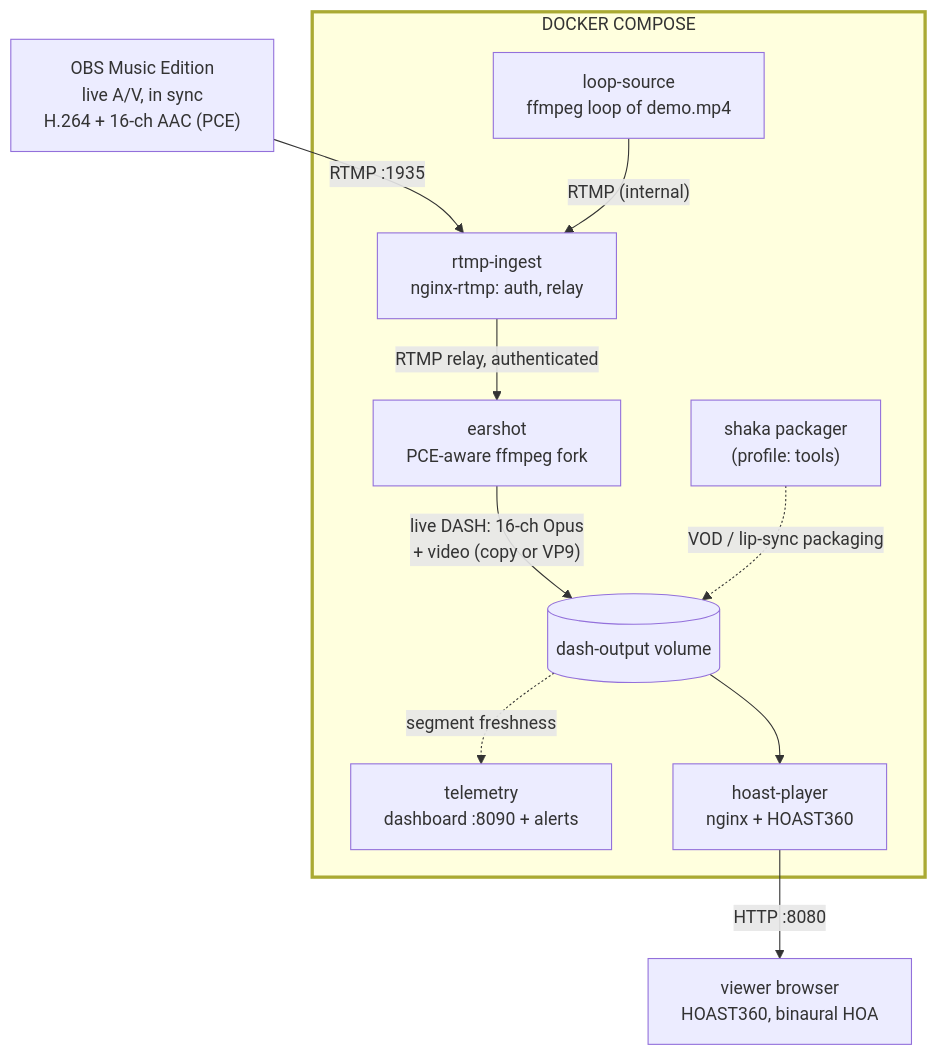
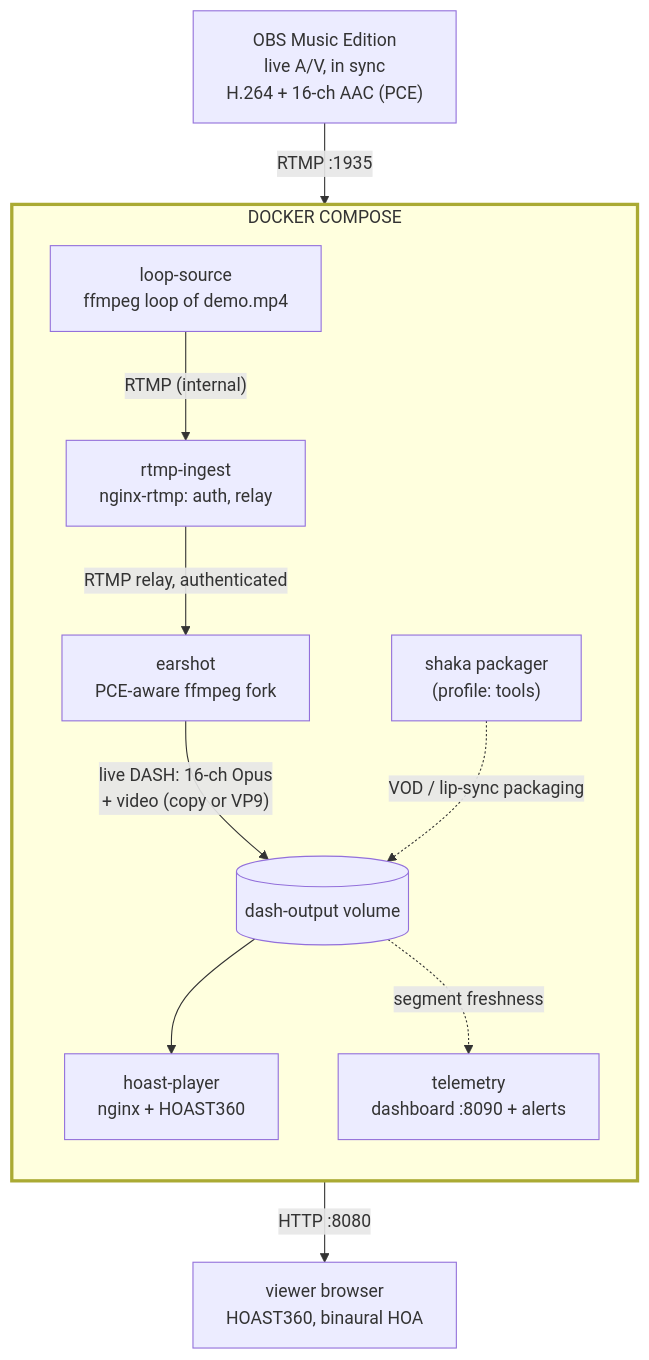
The diagram in README.md (mormegil6/ambisonic-box), drawn with Mermaid before and after one commit.

Commit message:
README: keep the explicit subgraph direction and telemetry ordering

````diff
--- a/README.md
+++ b/README.md
@@ -13,26 +13,27 @@
 ```mermaid
 flowchart TD
     OBS["OBS Music Edition<br/>live A/V, in sync<br/>H.264 + 16-ch AAC (PCE)"]
 
     subgraph COMPOSE["DOCKER COMPOSE"]
+        direction TD
         INGEST["rtmp-ingest<br/>nginx-rtmp: auth, relay"]
         LOOP["loop-source<br/>ffmpeg loop of demo.mp4"]
         EARSHOT["earshot<br/>PCE-aware ffmpeg fork"]
         VOL[("dash-output volume")]
         SHAKA["shaka packager<br/>(profile: tools)"]
+        PLAYER["hoast-player<br/>nginx + HOAST360"]
         TELEM["telemetry<br/>dashboard :8090 + alerts"]
-        PLAYER["hoast-player<br/>nginx + HOAST360"]
     end
 
     VIEWER["viewer browser<br/>HOAST360, binaural HOA"]
 
     OBS -- "RTMP :1935" --> INGEST
     LOOP -- "RTMP (internal)" --> INGEST
     INGEST -- "RTMP relay, authenticated" --> EARSHOT
     EARSHOT -- "live DASH: 16-ch Opus<br/>+ video (copy or VP9)" --> VOL
     SHAKA -. "VOD / lip-sync packaging" .-> VOL
     VOL --> PLAYER
+    PLAYER -- "HTTP :8080" --> VIEWER
     VOL -. "segment freshness" .-> TELEM
-    PLAYER -- "HTTP :8080" --> VIEWER
     style COMPOSE stroke-width:3px
 ```
````
